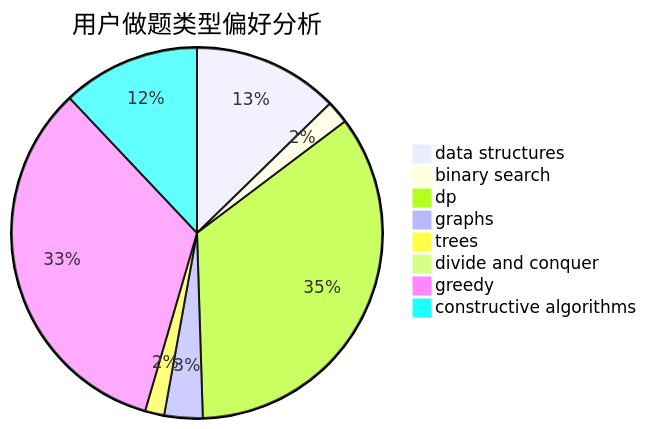
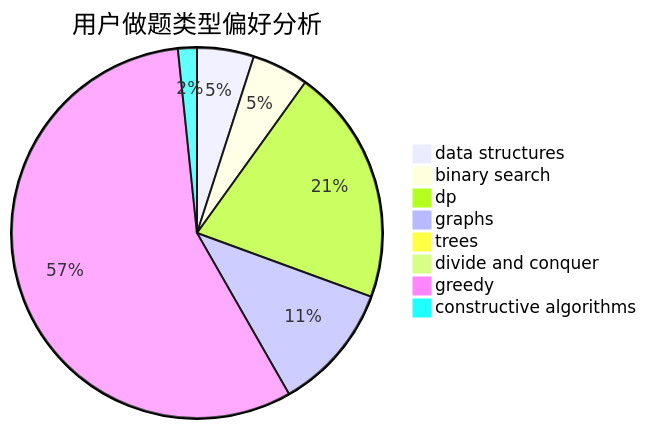
One commit to sherpahu/cfrs.github.io changed the second of 3 diagrams in docs/user/u2583.md. Above: the diagram before and after it, drawn with Mermaid. The commit also changed other lines of this file and 2770 other files, not shown here.

````diff
--- a/docs/user/u2583.md
+++ b/docs/user/u2583.md
@@ -23,11 +23,11 @@
 ```mermaid
 pie title 用户做题类型偏好分析
-    "data structures" :  38
-    "binary search" :  6
-    "dp" :  104
-    "graphs" :  10
-    "trees" :  5
+    "data structures" :  12
+    "binary search" :  12
+    "dp" :  50
+    "graphs" :  27
+    "trees" :  0
     "divide and conquer" :  0
-    "greedy" :  100
-    "constructive algorithms" :  36
+    "greedy" :  137
+    "constructive algorithms" :  4
 ```
````
